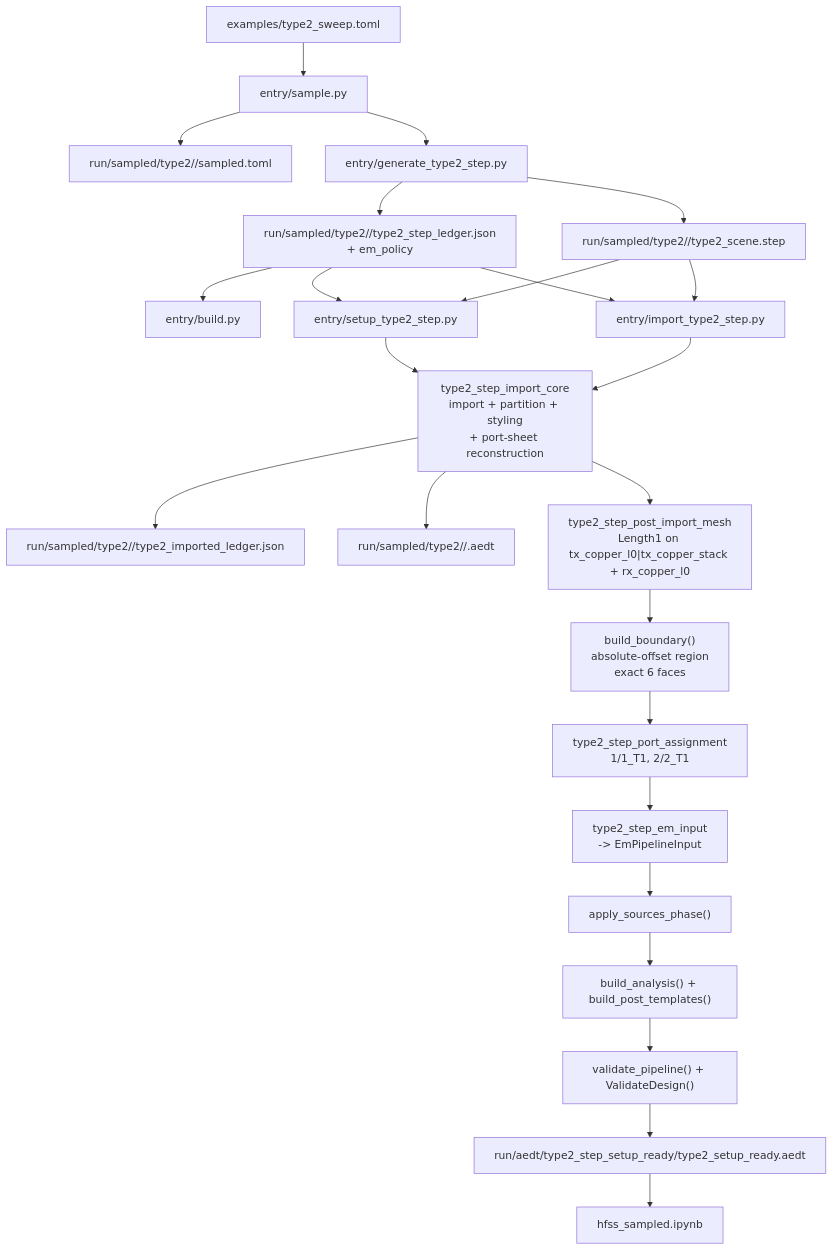
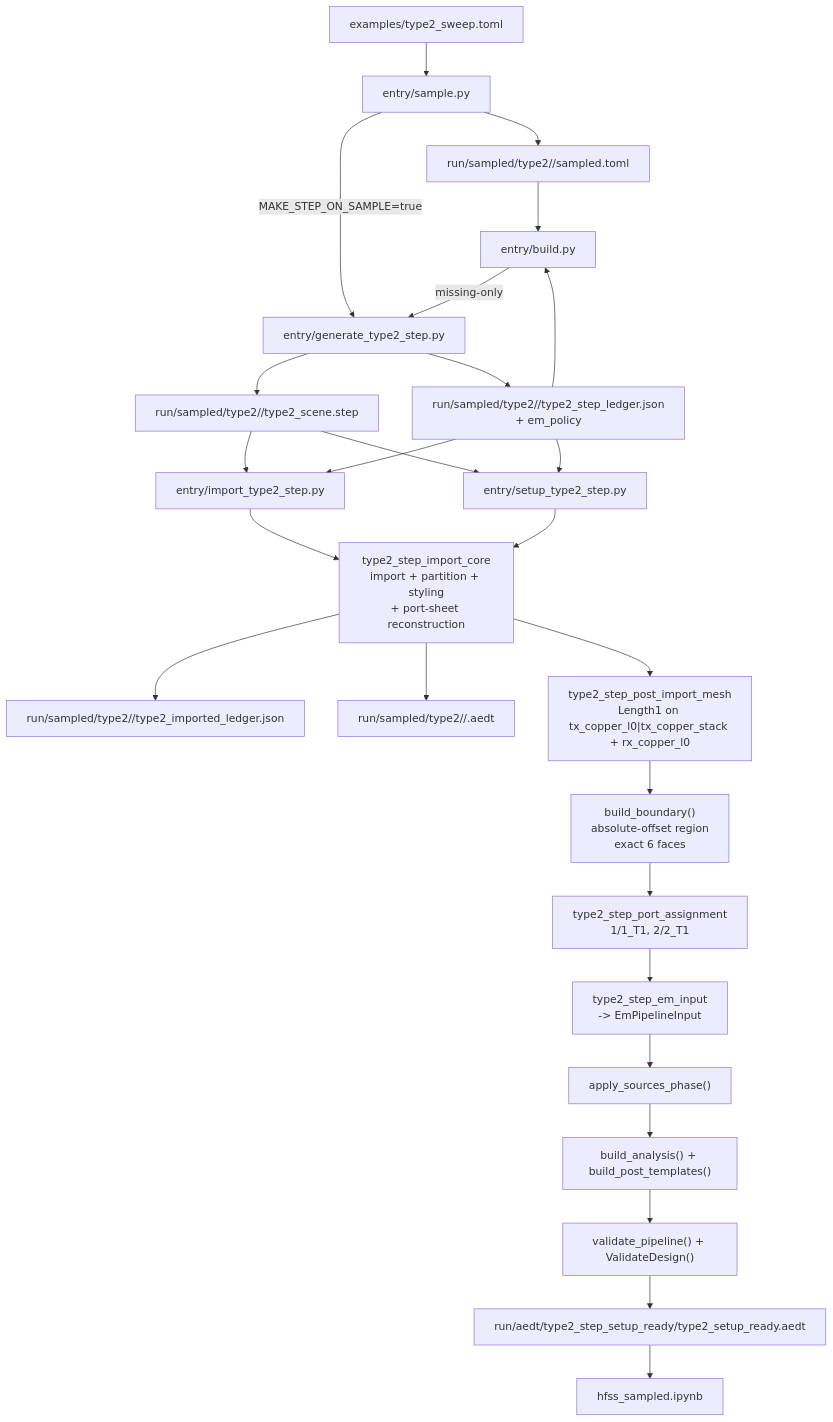
Before and after one commit to Glaysia/peetsfea: the diagram in sdd/diagrams/type2-step-to-em-validate-flow.md, drawn with Mermaid. The commit also changed other lines of this file and 16 other files, not shown here.

Commit message:
Add optional sample-side STEP generation

````diff
--- a/sdd/diagrams/type2-step-to-em-validate-flow.md
+++ b/sdd/diagrams/type2-step-to-em-validate-flow.md
@@ -12,49 +12,51 @@
 ```mermaid
 flowchart TD
     Type2Toml["examples/type2_sweep.toml"]
     SampleEntry["entry/sample.py"]
     SampledToml["run/sampled/type2/<design_id>/sampled.toml"]
     BuildEntry["entry/build.py"]
     Export["entry/generate_type2_step.py"]
     StepScene["run/sampled/type2/<design_id>/type2_scene.step"]
     StepLedger["run/sampled/type2/<design_id>/type2_step_ledger.json\n+ em_policy"]
     ImportEntry["entry/import_type2_step.py"]
     ImportCore["type2_step_import_core\nimport + partition + styling\n+ port-sheet reconstruction"]
     ImportLedger["run/sampled/type2/<design_id>/type2_imported_ledger.json"]
     ImportAedt["run/sampled/type2/<design_id>/<design_id>.aedt"]
     SetupEntry["entry/setup_type2_step.py"]
     Mesh["type2_step_post_import_mesh\nLength1 on tx_copper_l0|tx_copper_stack + rx_copper_l0"]
     Boundary["build_boundary()\nabsolute-offset region\nexact 6 faces"]
     Ports["type2_step_port_assignment\n1/1_T1, 2/2_T1"]
     Adapter["type2_step_em_input\n-> EmPipelineInput"]
     Source["apply_sources_phase()"]
     Analysis["build_analysis() + build_post_templates()"]
     Validate["validate_pipeline() + ValidateDesign()"]
     SetupAedt["run/aedt/type2_step_setup_ready/type2_setup_ready.aedt"]
     Notebook["hfss_sampled.ipynb"]
 
     Type2Toml --> SampleEntry
     SampleEntry --> SampledToml
-    SampleEntry --> Export
+    SampleEntry -->|MAKE_STEP_ON_SAMPLE=true| Export
     Export --> StepScene
     Export --> StepLedger
+    SampledToml --> BuildEntry
     StepLedger --> BuildEntry
+    BuildEntry -->|missing-only| Export
     StepScene --> ImportEntry
     StepLedger --> ImportEntry
     ImportEntry --> ImportCore
     ImportCore --> ImportLedger
     ImportCore --> ImportAedt
 
     StepScene --> SetupEntry
     StepLedger --> SetupEntry
     SetupEntry --> ImportCore
     ImportCore --> Mesh
     Mesh --> Boundary
     Boundary --> Ports
     Ports --> Adapter
     Adapter --> Source
     Source --> Analysis
     Analysis --> Validate
     Validate --> SetupAedt
     SetupAedt --> Notebook
 ```
````
